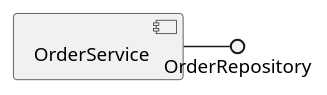
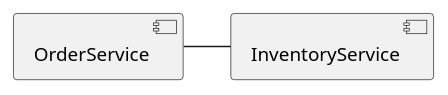
One commit to kieranpotts/cheats changed the diagram in src/uml/component-diagrams.adoc. Above: the diagram before and after it, drawn with PlantUML. The commit also changed other lines of this file and 14 other files, not shown here.

Commit message:
edit: extended uml cheats

```diff
--- a/src/uml/component-diagrams.adoc
+++ b/src/uml/component-diagrams.adoc
@@ -17,6 +45,7 @@
 [plantuml]
 ....
-component OrderService {
-}
-OrderService -() OrderRepository
+component OrderService
+component InventoryService
+
+OrderService -() InventoryService
 ....
```
